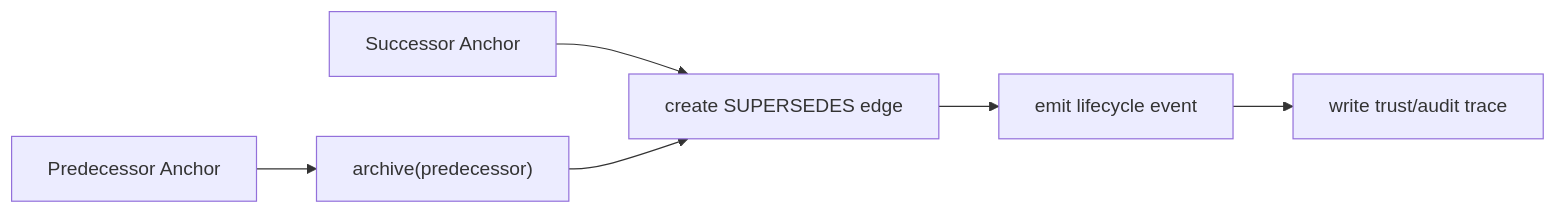
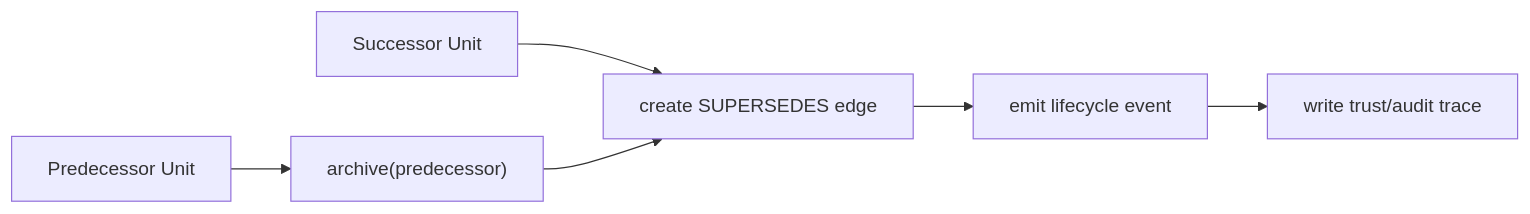
The third of 3 diagrams in docs/promotion-revision-supersession.md (jimador/arc-mem), drawn with Mermaid before and after one commit. The commit also changed other lines of this file and 1260 other files, not shown here.

````diff
--- a/docs/promotion-revision-supersession.md
+++ b/docs/promotion-revision-supersession.md
@@ -137,8 +137,8 @@
 ```mermaid
 flowchart LR
-    OLD["Predecessor Anchor"] --> ARCH["archive(predecessor)"]
-    NEW["Successor Anchor"] --> LINK["create SUPERSEDES edge"]
+    OLD["Predecessor Unit"] --> ARCH["archive(predecessor)"]
+    NEW["Successor Unit"] --> LINK["create SUPERSEDES edge"]
     ARCH --> LINK
     LINK --> EVT["emit lifecycle event"]
     EVT --> AUD["write trust/audit trace"]
 ```
````
